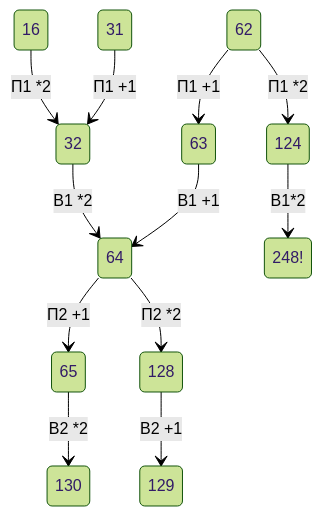
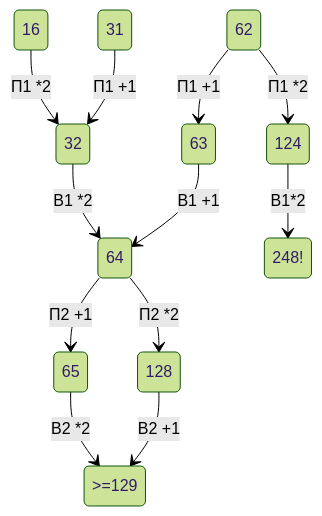
Before and after one commit to lyctpu/ege: the third of 3 diagrams in 2023demo/19-21.md, drawn with Mermaid (forest theme). The commit also changed other lines of this file, not shown here.

````diff
--- a/2023demo/19-21.md
+++ b/2023demo/19-21.md
@@ -25,19 +25,19 @@
 ```mermaid
 stateDiagram-v2
 62-->124 :П1 *2
 62-->63 :П1 +1
 16-->32 :П1 *2
 31-->32 :П1 +1
 
 124--> 248!:B1*2
 32-->64 :В1 *2
 63-->64 :В1 +1
 
 
 64--> 65:П2 +1
 64 --> 128:П2 *2
 
-65 -->130 :В2 *2
-128 -->129 :В2 +1
+65 --> >=129 :В2 *2
+128 --> >=129 :В2 +1
 
 ```
````
